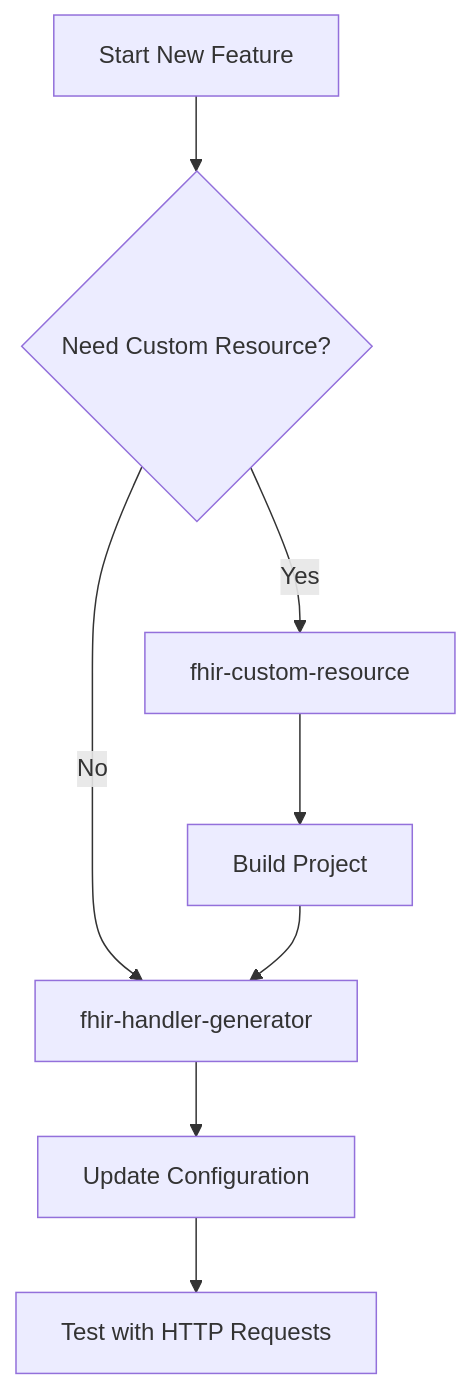
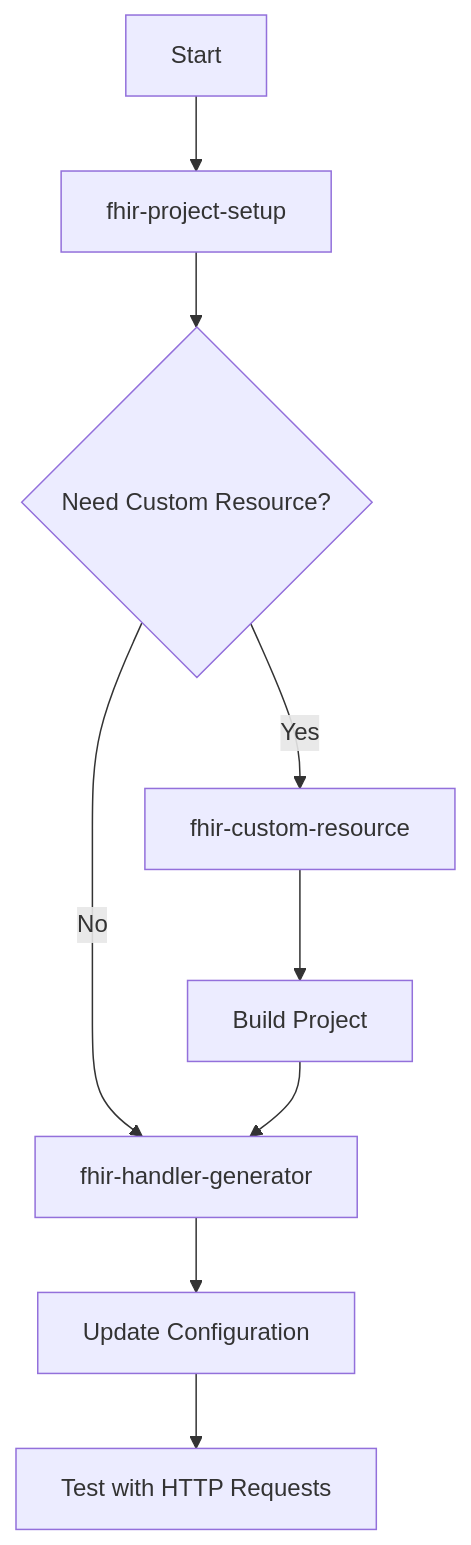
The diagram in src/fhir_skills/skills/codegen/README.md (wei6bin/fhirnexus-skills), drawn with Mermaid before and after one commit. The commit also changed other lines of this file and 16 other files, not shown here.

````diff
--- a/src/fhir_skills/skills/codegen/README.md
+++ b/src/fhir_skills/skills/codegen/README.md
@@ -122,10 +152,11 @@
 ```mermaid
 graph TD
-    A[Start New Feature] --> B{Need Custom Resource?}
-    B -->|Yes| C[fhir-custom-resource]
-    B -->|No| D[fhir-handler-generator]
-    C --> E[Build Project]
-    E --> D
-    D --> F[Update Configuration]
-    F --> G[Test with HTTP Requests]
+    A[Start] --> B[fhir-project-setup]
+    B --> C{Need Custom Resource?}
+    C -->|Yes| D[fhir-custom-resource]
+    C -->|No| E[fhir-handler-generator]
+    D --> F[Build Project]
+    F --> E
+    E --> G[Update Configuration]
+    G --> H[Test with HTTP Requests]
 ```
````
